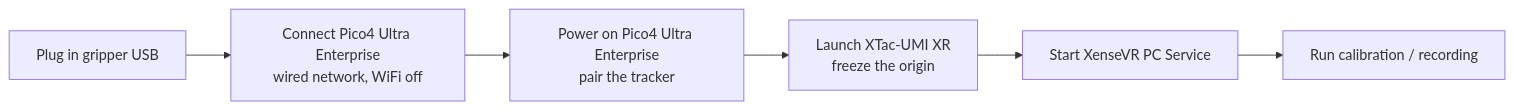
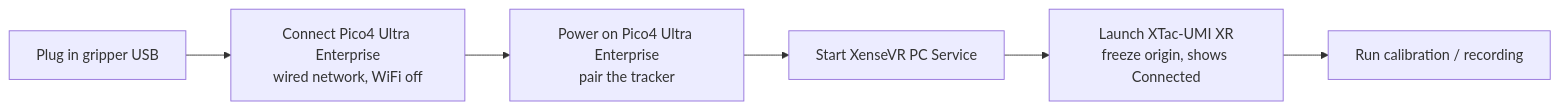
One commit to Vertax42/taccap-gripper-docs changed the diagram in docs/03-host-hardware.en.md. Above: the diagram before and after it, drawn with Mermaid. The commit also changed other lines of this file and 3 other files, not shown here.

First line of the commit message:
docs: start the PC service before opening the app, not after

````diff
--- a/docs/03-host-hardware.en.md
+++ b/docs/03-host-hardware.en.md
@@ -584,8 +588,8 @@
 ```mermaid
 flowchart LR
     A[Plug in gripper USB] --> N[Connect Pico4 Ultra Enterprise<br/>wired network, WiFi off]
     N --> B[Power on Pico4 Ultra Enterprise<br/>pair the tracker]
-    B --> C[Launch XTac-UMI XR<br/>freeze the origin]
-    C --> D[Start XenseVR PC Service]
-    D --> E[Run calibration / recording]
+    B --> D[Start XenseVR PC Service]
+    D --> C[Launch XTac-UMI XR<br/>freeze origin, shows Connected]
+    C --> E[Run calibration / recording]
 ```
````
